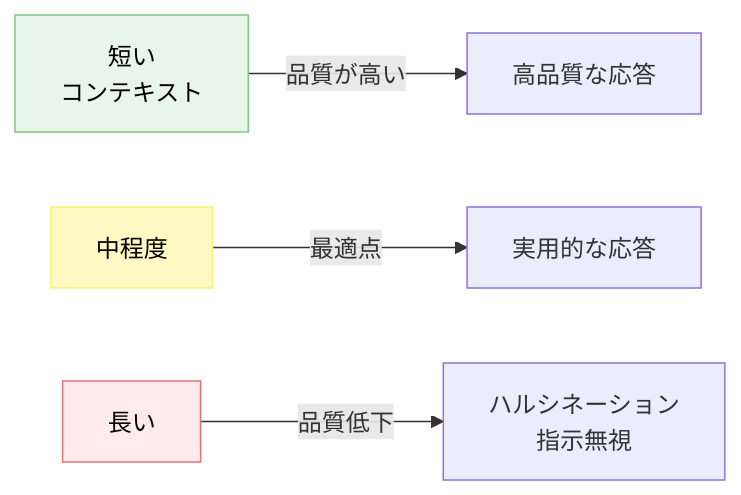
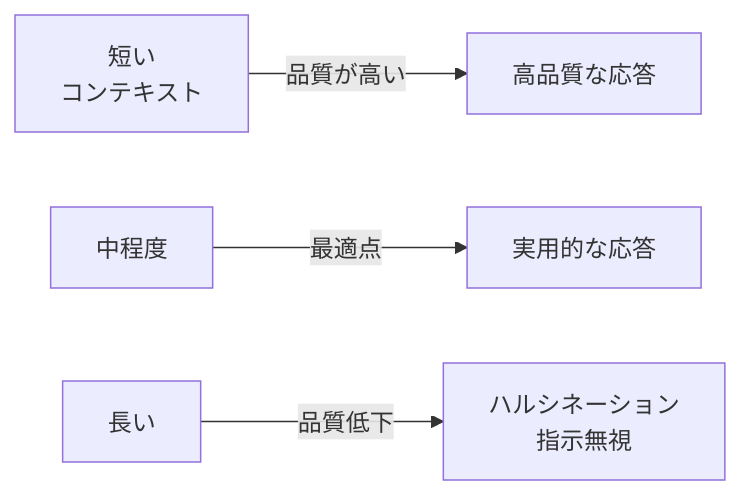
One commit to dinekt/dinekt-wiki changed the first of 2 diagrams in docs/concepts/コンテキストは有限で劣化する資源である.md. Above: the diagram before and after it, drawn with Mermaid. The commit also changed 70 other files, not shown here.

First line of the commit message:
fix(mermaid): strip all inline styling, rely on theme

````diff
--- a/docs/concepts/コンテキストは有限で劣化する資源である.md
+++ b/docs/concepts/コンテキストは有限で劣化する資源である.md
@@ -23,10 +23,7 @@
 ```mermaid
 flowchart LR
     S[短い<br/>コンテキスト] -->|品質が高い| Q1[高品質な応答]
     M[中程度] -->|最適点| Q2[実用的な応答]
     L[長い] -->|品質低下| Q3[ハルシネーション<br/>指示無視]
 
-    style S fill:#e8f5e9,stroke:#81c784,color:#000
-    style M fill:#fff9c4,stroke:#fff176,color:#000
-    style L fill:#ffebee,stroke:#e57373,color:#000
 ```
````
